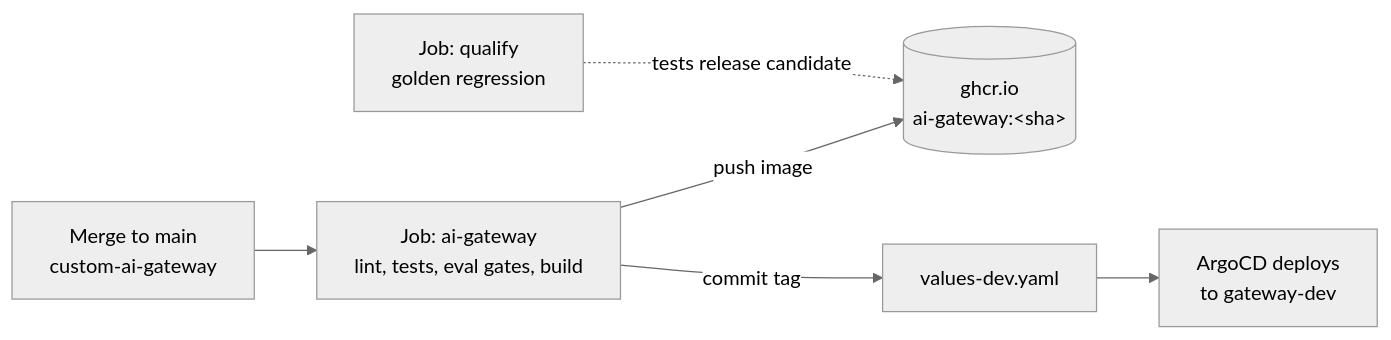
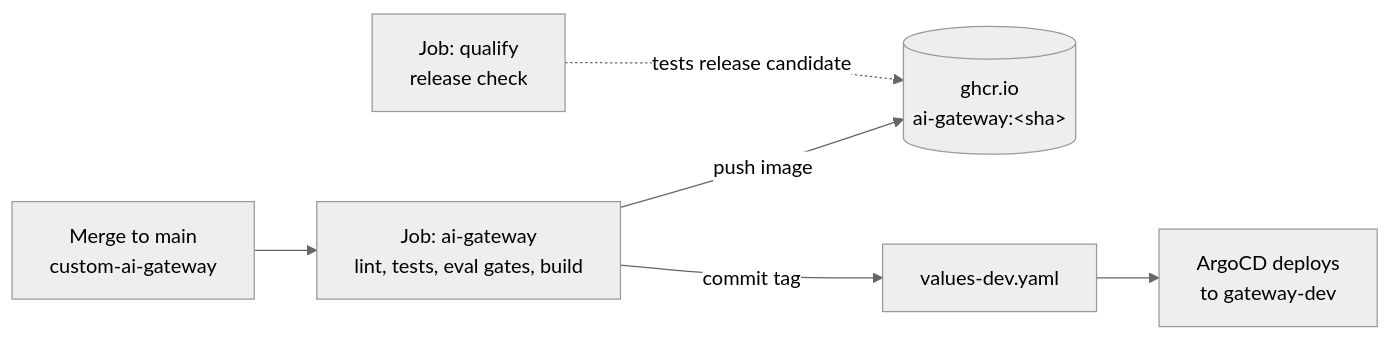
The third of 3 diagrams in README.md (ducthangng/mlops-router-gitops), drawn with Mermaid (neutral theme) before and after one commit. The commit also changed other lines of this file and 1 other file, not shown here.

Commit message:
update tests

````diff
--- a/README.md
+++ b/README.md
@@ -66,8 +66,8 @@
 ```mermaid
 flowchart LR
     merge["Merge to main<br/>custom-ai-gateway"] --> ci["Job: ai-gateway<br/>lint, tests, eval gates, build"]
     ci -->|push image| ghcr[("ghcr.io<br/>ai-gateway:&lt;sha&gt;")]
     ci -->|commit tag| vd["values-dev.yaml"]
     vd --> argo["ArgoCD deploys<br/>to gateway-dev"]
-    qualify["Job: qualify<br/>golden regression"] -.tests release candidate.-> ghcr
+    qualify["Job: qualify<br/>release check"] -.tests release candidate.-> ghcr
 ```
````
